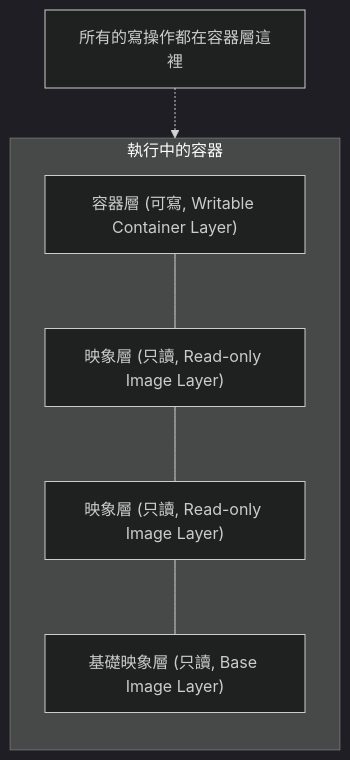
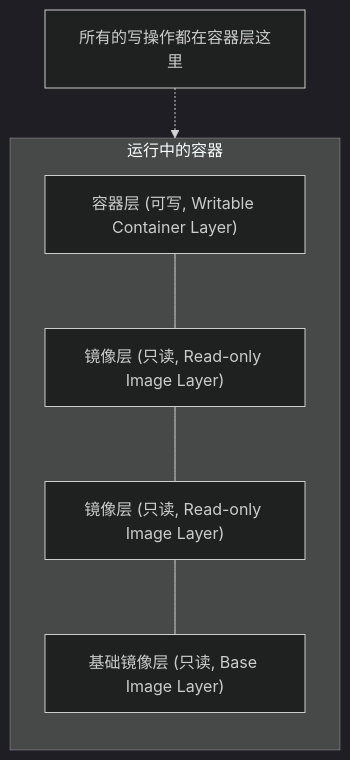
One commit to doggy8088/docker_practice changed the diagram in 04_image/4.7_internal.md. Above: the diagram before and after it, drawn with Mermaid (dark theme). The commit also changed other lines of this file and 2 other files, not shown here.

Commit message:
Clarify image build semantics

````diff
--- a/04_image/4.7_internal.md
+++ b/04_image/4.7_internal.md
@@ -28,13 +28,13 @@
 ```mermaid
 flowchart TD
-    subgraph Container ["執行中的容器"]
+    subgraph Container ["运行中的容器"]
         direction TB
-        L4["容器層 (可寫, Writable Container Layer)"]
-        L3["映象層 (只讀, Read-only Image Layer)"]
-        L2["映象層 (只讀, Read-only Image Layer)"]
-        L1["基礎映象層 (只讀, Base Image Layer)"]
+        L4["容器层 (可写, Writable Container Layer)"]
+        L3["镜像层 (只读, Read-only Image Layer)"]
+        L2["镜像层 (只读, Read-only Image Layer)"]
+        L1["基础镜像层 (只读, Base Image Layer)"]
 
         L4 --- L3 --- L2 --- L1
     end
-    Note["所有的寫操作都在容器層這裡"] -.-> L4
+    Note["所有的写操作都在容器层这里"] -.-> L4
 ```
````
